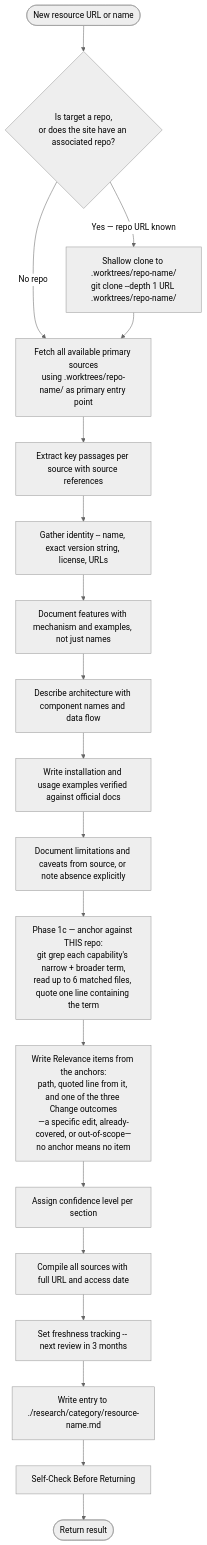
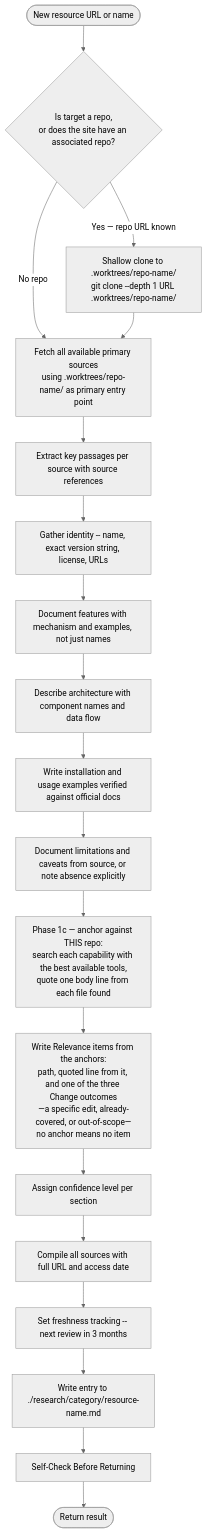
The second of 2 diagrams in .claude/agents/research-curator.md (Jamie-BitFlight/claude_skills), drawn with Mermaid (neutral theme) before and after one commit. The commit also changed other lines of this file and 5 other files, not shown here.

First line of the commit message:
refactor(research-curator): search the repo semantically with whatever tools exist instead of git grep

````diff
--- a/.claude/agents/research-curator.md
+++ b/.claude/agents/research-curator.md
@@ -179,21 +179,21 @@
 ```mermaid
 flowchart TD
     Start([New resource URL or name]) --> CloneCheck{Is target a repo,<br>or does the site have an associated repo?}
     CloneCheck -->|"Yes — repo URL known"| ShallowClone["Shallow clone to .worktrees/repo-name/<br>git clone --depth 1 URL .worktrees/repo-name/"]
     CloneCheck -->|"No repo"| Fetch[Fetch all available primary sources]
     ShallowClone --> Fetch[Fetch all available primary sources<br>using .worktrees/repo-name/ as primary entry point]
     Fetch --> Extract[Extract key passages per source with source references]
     Extract --> Metadata[Gather identity -- name, exact version string, license, URLs]
     Metadata --> Features[Document features with mechanism and examples, not just names]
     Features --> Architecture[Describe architecture with component names and data flow]
     Architecture --> Usage[Write installation and usage examples verified against official docs]
     Usage --> Limitations[Document limitations and caveats from source, or note absence explicitly]
-    Limitations --> Anchors[Phase 1c — anchor against THIS repo:<br>git grep each capability's narrow + broader term,<br>read up to 6 matched files, quote one line containing the term]
+    Limitations --> Anchors[Phase 1c — anchor against THIS repo:<br>search each capability with the best available tools,<br>quote one body line from each file found]
     Anchors --> Relevance[Write Relevance items from the anchors:<br>path, quoted line from it, and one of the three Change outcomes<br>—a specific edit, already-covered, or out-of-scope—<br>no anchor means no item]
     Relevance --> Confidence[Assign confidence level per section]
     Confidence --> References[Compile all sources with full URL and access date]
     References --> Freshness[Set freshness tracking -- next review in 3 months]
     Freshness --> WriteFile[Write entry to ./research/category/resource-name.md]
     WriteFile --> SelfCheck[Self-Check Before Returning]
     SelfCheck --> Done([Return result])
 ```
````
